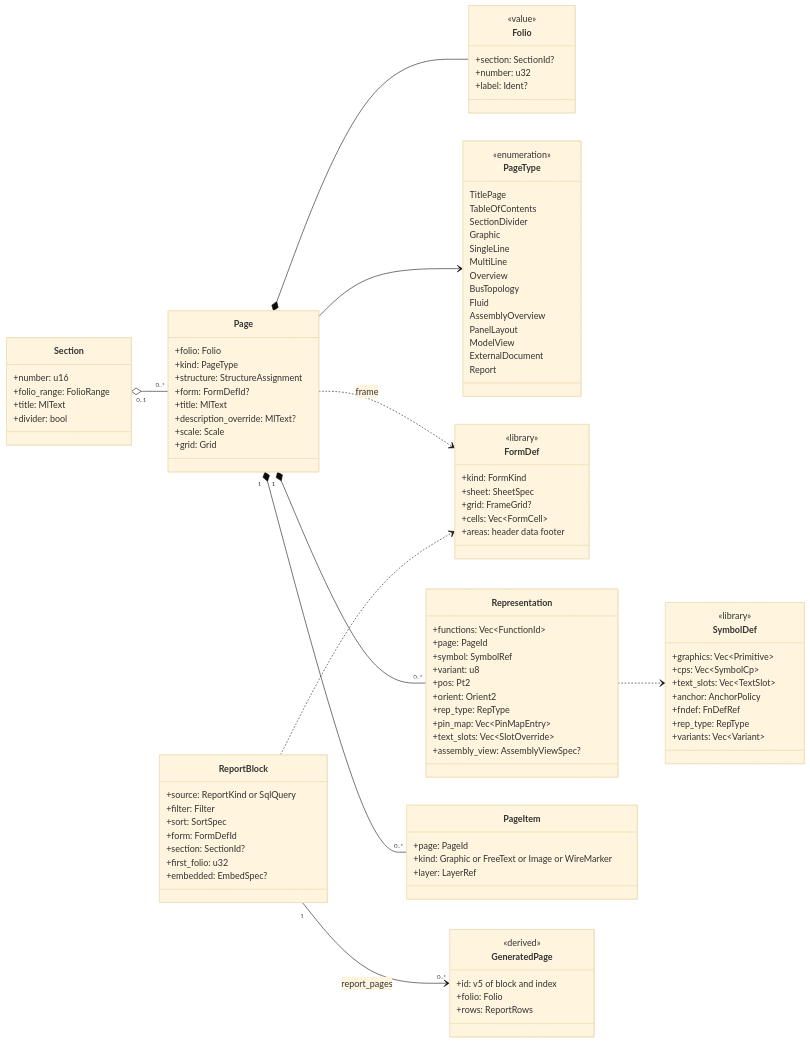
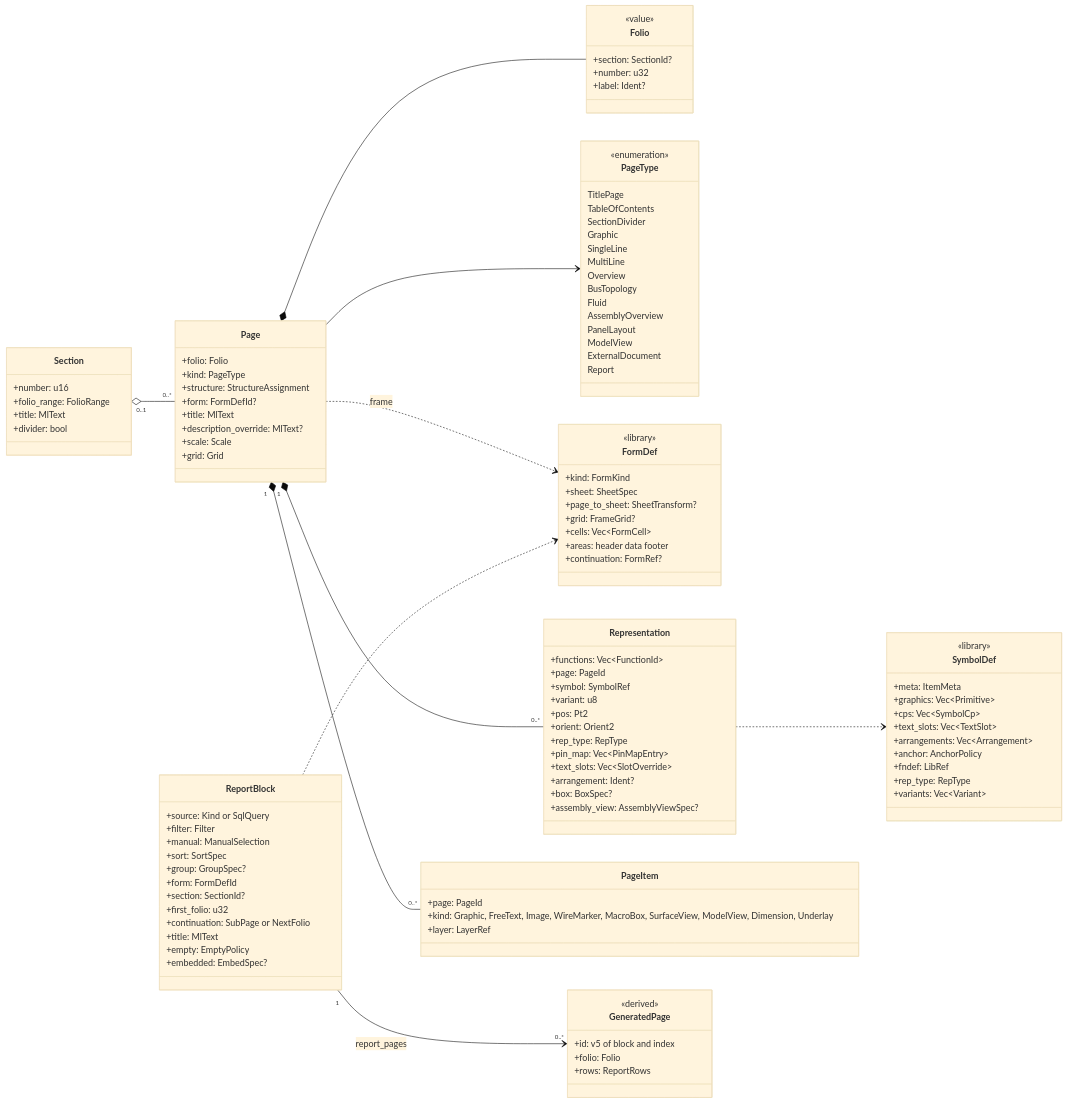
The fourth of 20 diagrams in docs/design/03-domain-model.md (Ironkode787/ElektraWatt), drawn with Mermaid (base theme) before and after one commit. The commit also changed other lines of this file and 51 other files, not shown here.

```diff
--- a/docs/design/03-domain-model.md
+++ b/docs/design/03-domain-model.md
@@ -499,9 +541,11 @@
     <<library>>
     +kind: FormKind
     +sheet: SheetSpec
+    +page_to_sheet: SheetTransform?
     +grid: FrameGrid?
     +cells: Vec~FormCell~
     +areas: header data footer
+    +continuation: FormRef?
   }
   class Representation {
     +functions: Vec~FunctionId~
@@ -513,30 +557,39 @@
     +rep_type: RepType
     +pin_map: Vec~PinMapEntry~
     +text_slots: Vec~SlotOverride~
+    +arrangement: Ident?
+    +box: BoxSpec?
     +assembly_view: AssemblyViewSpec?
   }
   class SymbolDef {
     <<library>>
+    +meta: ItemMeta
     +graphics: Vec~Primitive~
     +cps: Vec~SymbolCp~
     +text_slots: Vec~TextSlot~
+    +arrangements: Vec~Arrangement~
     +anchor: AnchorPolicy
-    +fndef: FnDefRef
+    +fndef: LibRef
     +rep_type: RepType
     +variants: Vec~Variant~
   }
   class PageItem {
     +page: PageId
-    +kind: Graphic or FreeText or Image or WireMarker
+    +kind: Graphic, FreeText, Image, WireMarker, MacroBox, SurfaceView, ModelView, Dimension, Underlay
     +layer: LayerRef
   }
   class ReportBlock {
-    +source: ReportKind or SqlQuery
+    +source: Kind or SqlQuery
     +filter: Filter
+    +manual: ManualSelection
     +sort: SortSpec
+    +group: GroupSpec?
     +form: FormDefId
     +section: SectionId?
     +first_folio: u32
+    +continuation: SubPage or NextFolio
+    +title: MlText
+    +empty: EmptyPolicy
     +embedded: EmbedSpec?
   }
   class GeneratedPage {
```
